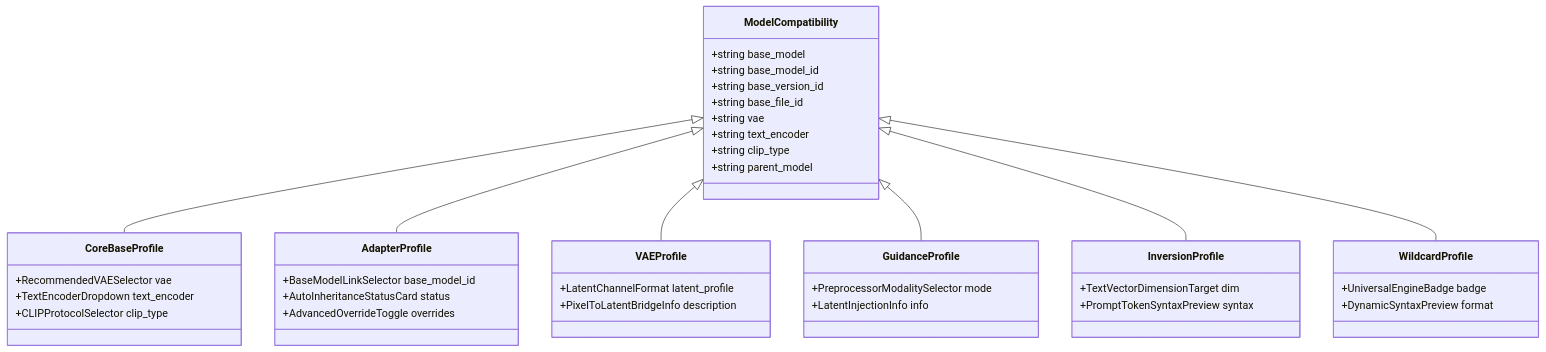
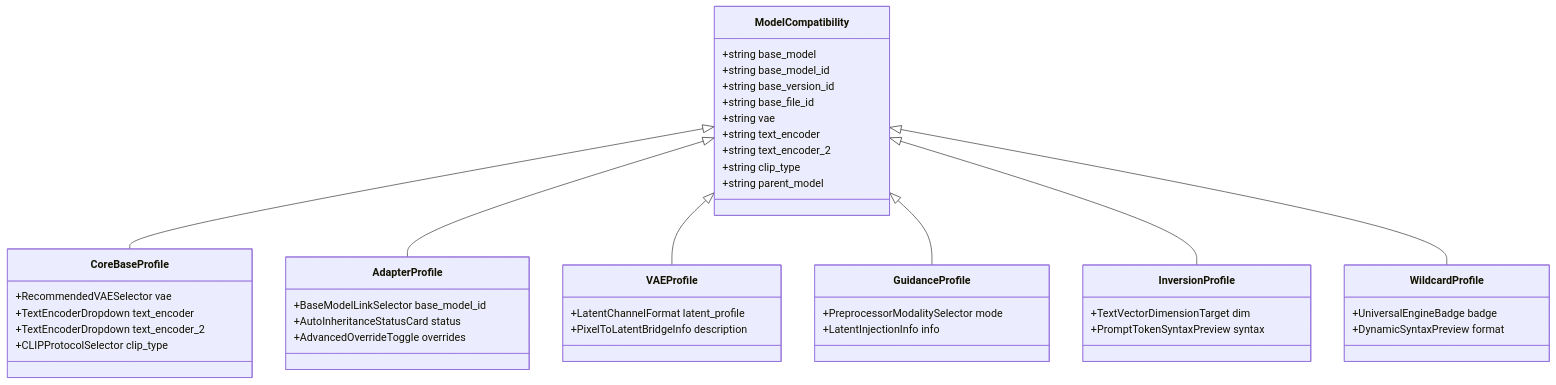
The second of 3 diagrams in docs/ARCHITECTURE.md (whitesilence98/solotensor), drawn with Mermaid before and after one commit. The commit also changed other lines of this file and 12 other files, not shown here.

````diff
--- a/docs/ARCHITECTURE.md
+++ b/docs/ARCHITECTURE.md
@@ -89,52 +89,54 @@
 ```mermaid
 classDiagram
     class ModelCompatibility {
         +string base_model
         +string base_model_id
         +string base_version_id
         +string base_file_id
         +string vae
         +string text_encoder
+        +string text_encoder_2
         +string clip_type
         +string parent_model
     }
 
     class CoreBaseProfile {
         +RecommendedVAESelector vae
         +TextEncoderDropdown text_encoder
+        +TextEncoderDropdown text_encoder_2
         +CLIPProtocolSelector clip_type
     }
 
     class AdapterProfile {
         +BaseModelLinkSelector base_model_id
         +AutoInheritanceStatusCard status
         +AdvancedOverrideToggle overrides
     }
 
     class VAEProfile {
         +LatentChannelFormat latent_profile
         +PixelToLatentBridgeInfo description
     }
 
     class GuidanceProfile {
         +PreprocessorModalitySelector mode
         +LatentInjectionInfo info
     }
 
     class InversionProfile {
         +TextVectorDimensionTarget dim
         +PromptTokenSyntaxPreview syntax
     }
 
     class WildcardProfile {
         +UniversalEngineBadge badge
         +DynamicSyntaxPreview format
     }
 
     ModelCompatibility <|-- CoreBaseProfile
     ModelCompatibility <|-- AdapterProfile
     ModelCompatibility <|-- VAEProfile
     ModelCompatibility <|-- GuidanceProfile
     ModelCompatibility <|-- InversionProfile
     ModelCompatibility <|-- WildcardProfile
 ```
````
